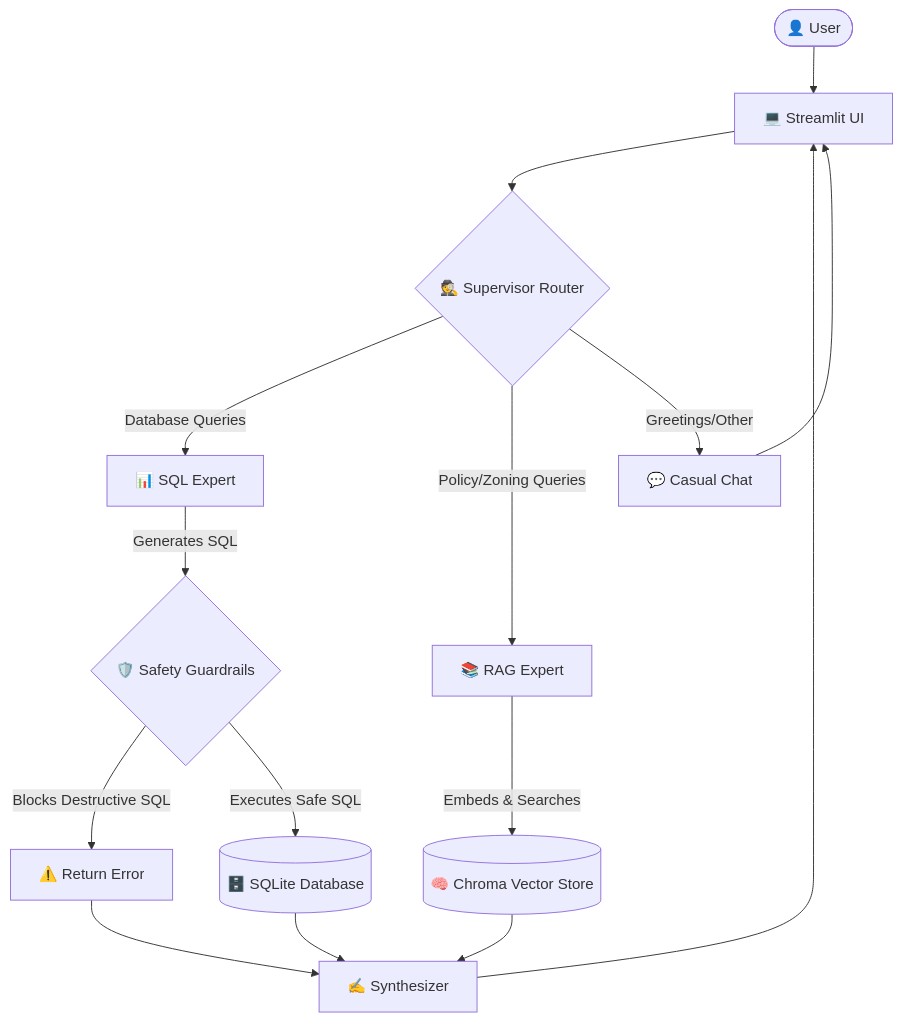
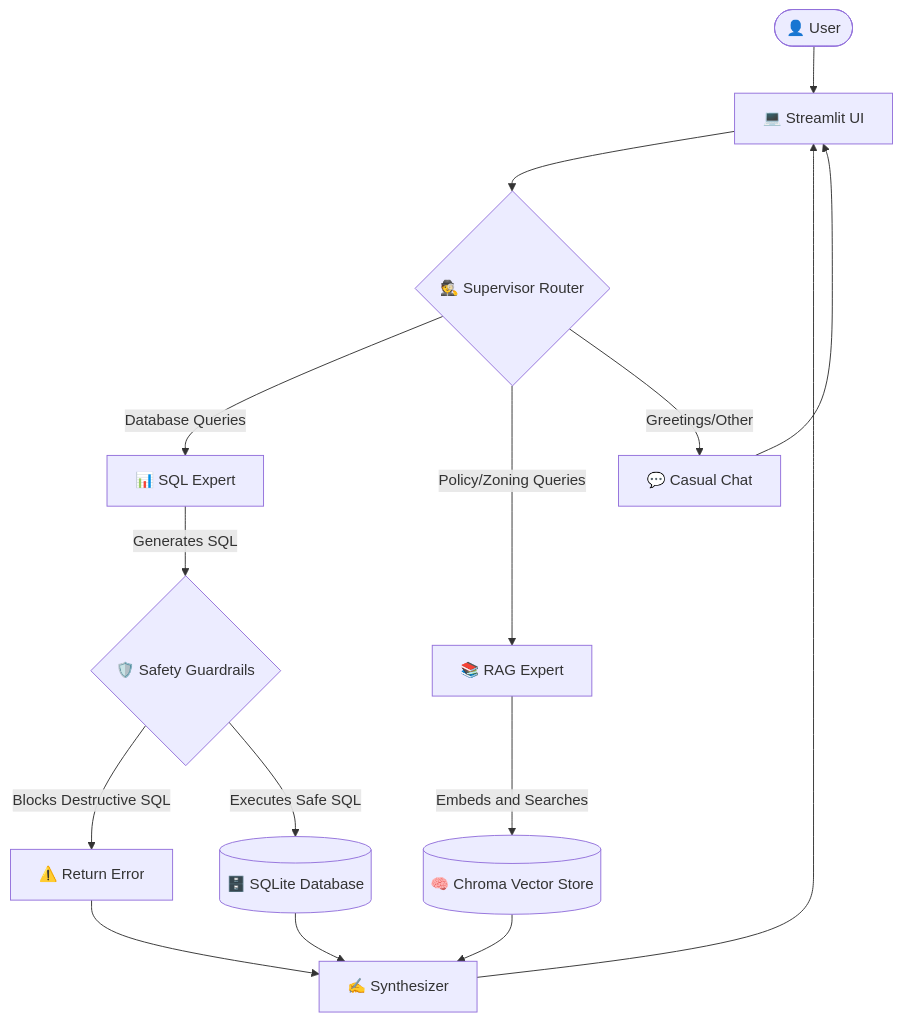
Before and after one commit to Aksheet08/Autonomous-SQL-RAG-Multi-Agent-System: the diagram in README.md, drawn with Mermaid. The commit also changed other lines of this file and 13 other files, not shown here.

````diff
--- a/README.md
+++ b/README.md
@@ -14,22 +15,22 @@
 ```mermaid
-graph TD
+flowchart TD
     User([👤 User]) --> UI[💻 Streamlit UI]
     UI --> Supervisor{🕵️ Supervisor Router}
     
     Supervisor -->|Database Queries| SQLExpert[📊 SQL Expert]
     Supervisor -->|Policy/Zoning Queries| RAGExpert[📚 RAG Expert]
     Supervisor -->|Greetings/Other| CasualChat[💬 Casual Chat]
     
     SQLExpert -->|Generates SQL| Guardrails{🛡️ Safety Guardrails}
     Guardrails -->|Blocks Destructive SQL| Error[⚠️ Return Error]
     Guardrails -->|Executes Safe SQL| DB[(🗄️ SQLite Database)]
     
-    RAGExpert -->|Embeds & Searches| VectorDB[(🧠 Chroma Vector Store)]
+    RAGExpert -->|Embeds and Searches| VectorDB[(🧠 Chroma Vector Store)]
     
     DB --> Synthesizer[✍️ Synthesizer]
     VectorDB --> Synthesizer
     Error --> Synthesizer
     
     Synthesizer --> UI
     CasualChat --> UI
 ```
````
